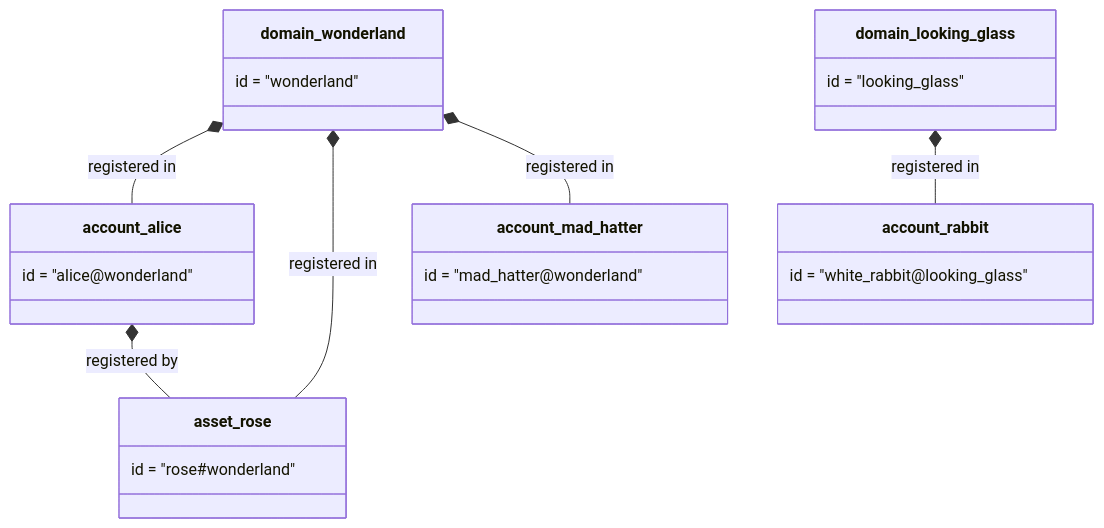
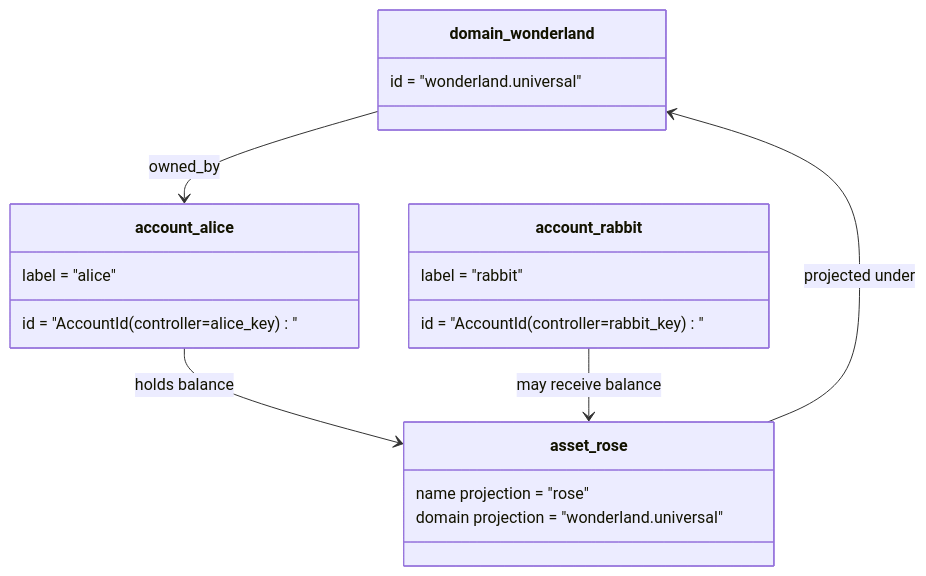
One commit to hyperledger-iroha/iroha-2-docs changed the second of 2 diagrams in src/blockchain/data-model.md. Above: the diagram before and after it, drawn with Mermaid. The commit also changed other lines of this file and 85 other files, not shown here.

````diff
--- a/src/blockchain/data-model.md
+++ b/src/blockchain/data-model.md
@@ -37,32 +66,24 @@
 ```mermaid
 classDiagram
 
 class domain_wonderland {
-  id = "wonderland"
+  id = "wonderland.universal"
 }
-class account_alice:::aliceblue {
-  id = "alice@wonderland"
+class account_alice {
+  id = "AccountId(controller=alice_key)"
+  label = "alice"
 }
-class account_mad_hatter:::aliceblue {
-  id = "mad_hatter@wonderland"
+class account_rabbit {
+  id = "AccountId(controller=rabbit_key)"
+  label = "rabbit"
+}
+class asset_rose {
+  name projection = "rose"
+  domain projection = "wonderland.universal"
 }
 
-class asset_rose:::pink {
-  id = "rose#wonderland"
-}
-
-domain_wonderland *-- account_alice : registered in
-domain_wonderland *-- asset_rose : registered in
-account_alice *-- asset_rose : registered by
-domain_wonderland *-- account_mad_hatter : registered in
-
-class domain_looking_glass {
-  id = "looking_glass"
-}
-
-class account_rabbit:::aliceblue {
-  id = "white_rabbit@looking_glass"
-}
-
-domain_looking_glass *-- account_rabbit : registered in
+domain_wonderland --> account_alice : owned_by
+asset_rose --> domain_wonderland : projected under
+account_alice --> asset_rose : holds balance
+account_rabbit --> asset_rose : may receive balance
 ```
````
